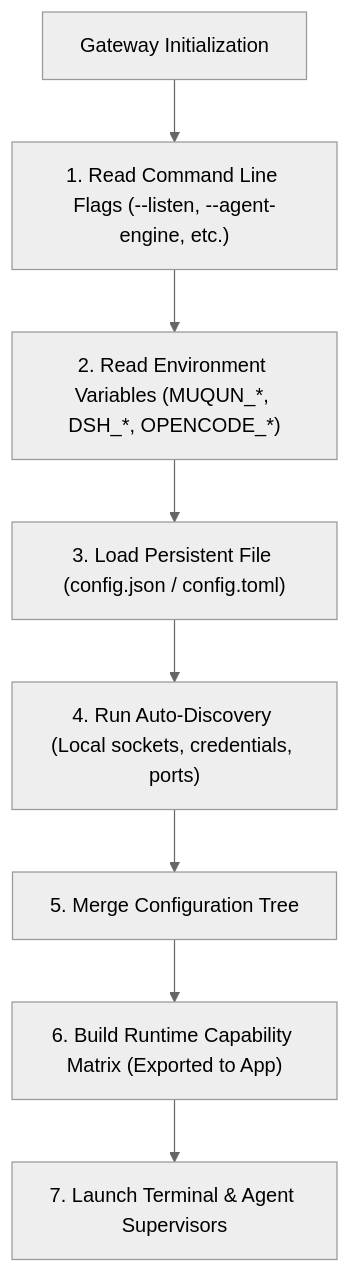
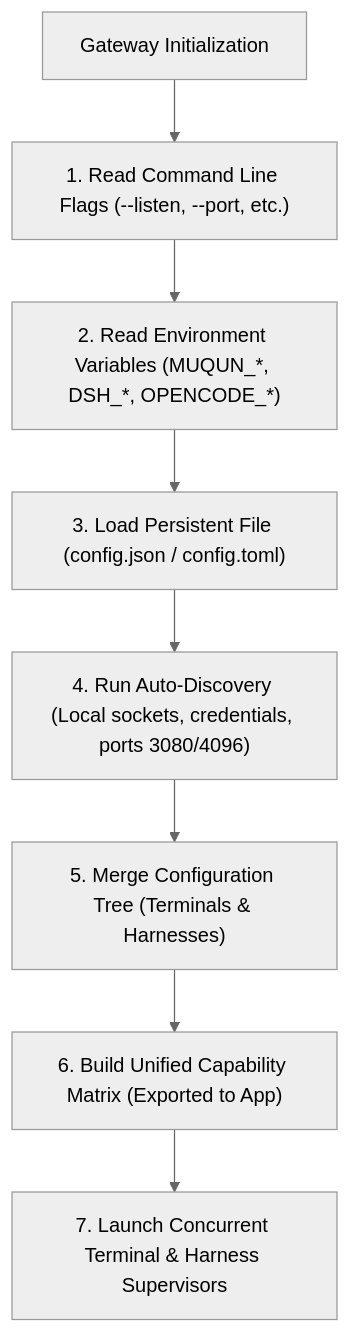
Before and after one commit to osuki-dev/muqun-gateway: the diagram in docs/configuration.md, drawn with Mermaid (neutral theme). The commit also changed other lines of this file and 3 other files, not shown here.

Commit message:
refactor(config): replace active_engine with multi-harness coexistence and clarify Harness vs Agent model

````diff
--- a/docs/configuration.md
+++ b/docs/configuration.md
@@ -25,10 +61,10 @@
 ```mermaid
 flowchart TD
-    Start["Gateway Initialization"] --> ReadCLI["1. Read Command Line Flags (--listen, --agent-engine, etc.)"]
+    Start["Gateway Initialization"] --> ReadCLI["1. Read Command Line Flags (--listen, --port, etc.)"]
     ReadCLI --> ReadEnv["2. Read Environment Variables (MUQUN_*, DSH_*, OPENCODE_*)"]
     ReadEnv --> ReadFile["3. Load Persistent File (config.json / config.toml)"]
-    ReadFile --> ProbeDiscov["4. Run Auto-Discovery (Local sockets, credentials, ports)"]
-    ProbeDiscov --> MergeConfig["5. Merge Configuration Tree"]
-    MergeConfig --> CapMatrix["6. Build Runtime Capability Matrix (Exported to App)"]
-    CapMatrix --> Supervise["7. Launch Terminal & Agent Supervisors"]
+    ReadFile --> ProbeDiscov["4. Run Auto-Discovery (Local sockets, credentials, ports 3080/4096)"]
+    ProbeDiscov --> MergeConfig["5. Merge Configuration Tree (Terminals & Harnesses)"]
+    MergeConfig --> CapMatrix["6. Build Unified Capability Matrix (Exported to App)"]
+    CapMatrix --> Supervise["7. Launch Concurrent Terminal & Harness Supervisors"]
 ```
````
